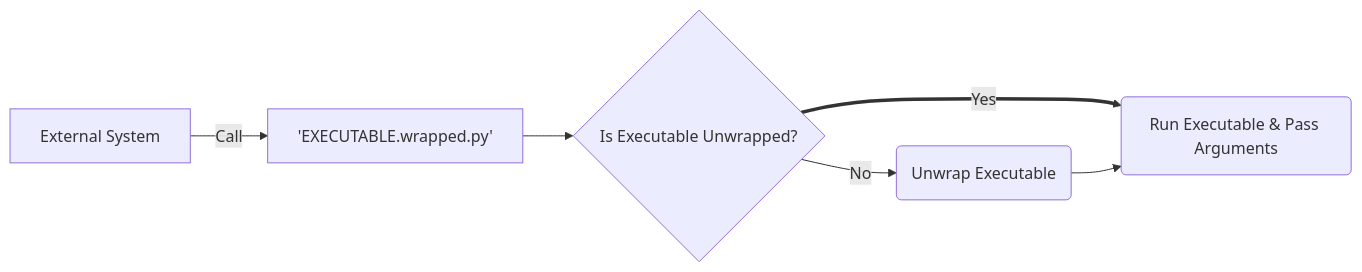
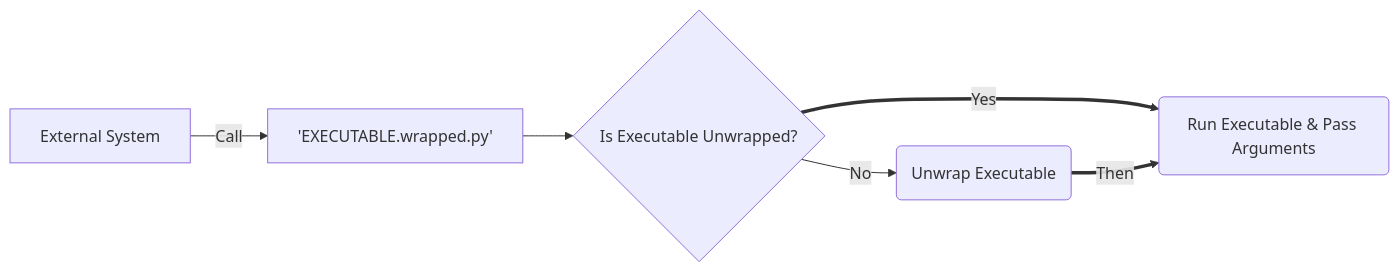
The second of 2 diagrams in README.md (DK26/wrapin-py), drawn with Mermaid before and after one commit. The commit also changed other lines of this file, not shown here.

````diff
--- a/README.md
+++ b/README.md
@@ -93,13 +93,13 @@
 ```mermaid
 graph LR;
     SYSTEM[External System];
     SYSTEM --> |Call| WRAPPED;
     WRAPPED['EXECUTABLE.wrapped.py'];
     WRAPPED --> TEST;
     TEST{Is Executable Unwrapped?};
     TEST ==> |Yes| RUN_EXEC;
     TEST --> |No| UNWRAP;
     RUN_EXEC(Run Executable & Pass Arguments);
     UNWRAP(Unwrap Executable);
-    UNWRAP --> RUN_EXEC;
+    UNWRAP ==> |Then| RUN_EXEC;
 ```
````
